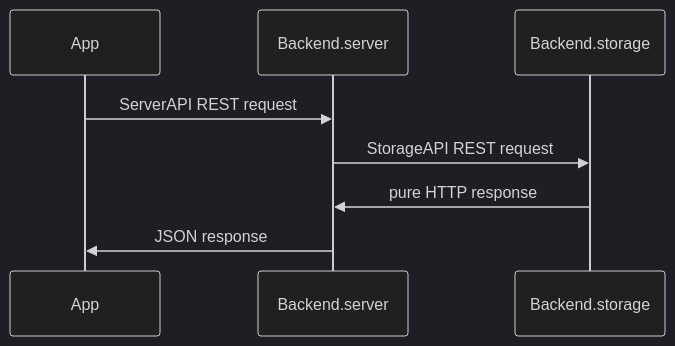
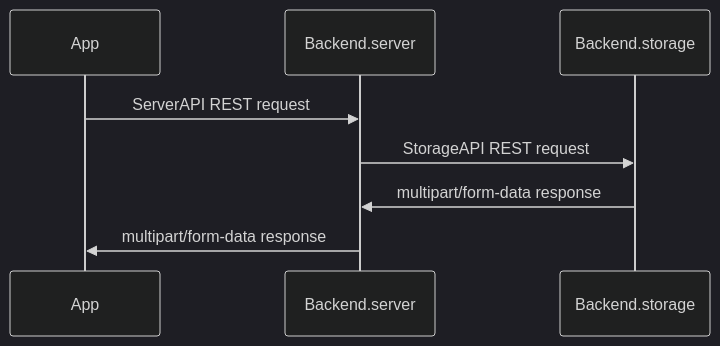
Before and after one commit to funduck/modular-notes: the third of 7 diagrams in README.md, drawn with Mermaid (dark theme). The commit also changed other lines of this file and 5 other files, not shown here.

````diff
--- a/README.md
+++ b/README.md
@@ -40,7 +40,7 @@
 ```mermaid
 sequenceDiagram
     App->>Backend.server: ServerAPI REST request
     Backend.server->>Backend.storage: StorageAPI REST request
-    Backend.storage->>Backend.server: pure HTTP response
-    Backend.server->>App: JSON response
+    Backend.storage->>Backend.server: multipart/form-data response
+    Backend.server->>App: multipart/form-data response
 ```
````
